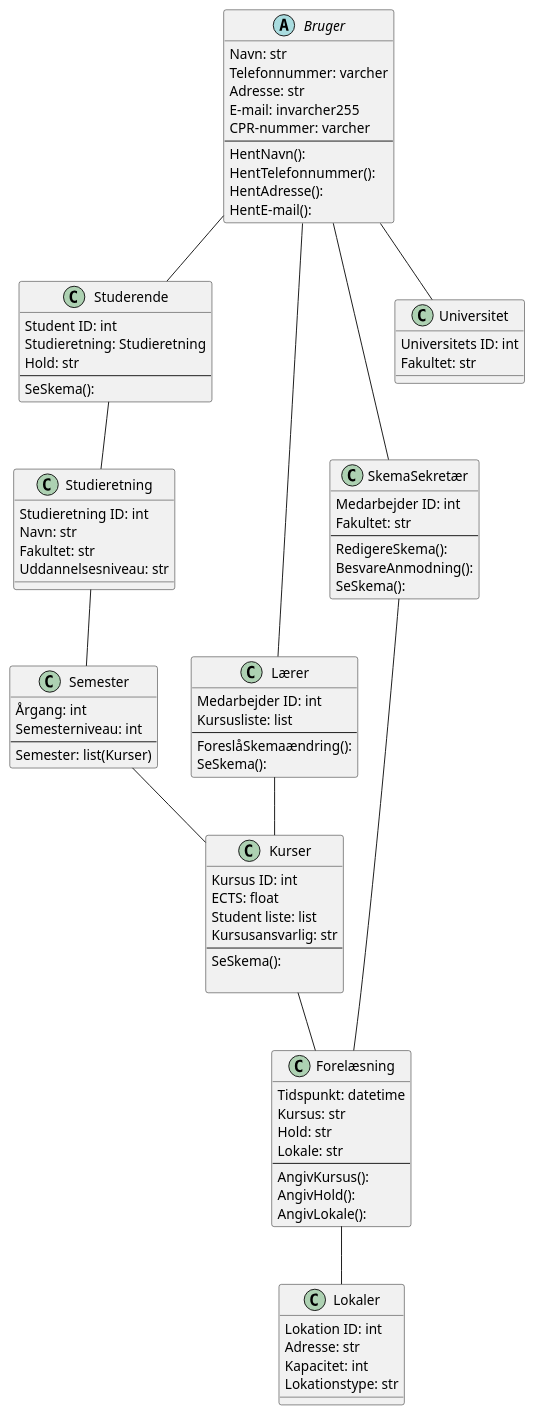
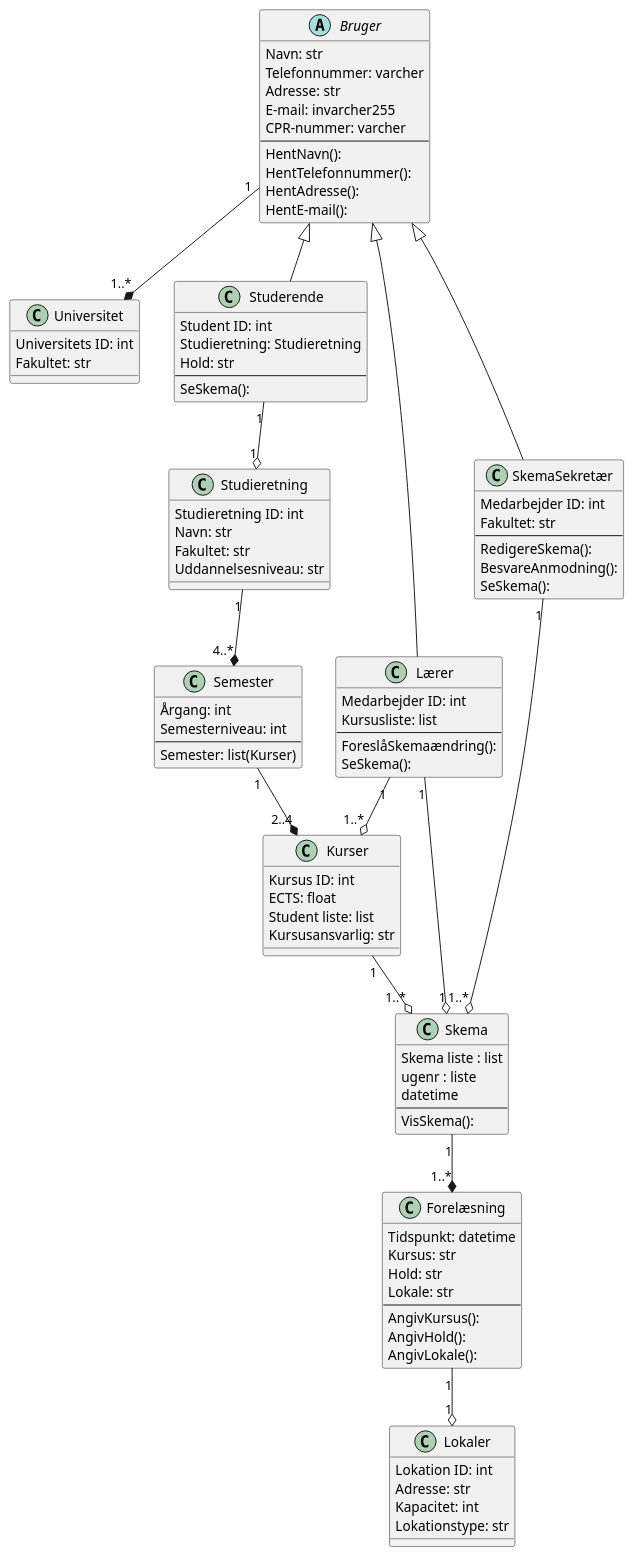
Before and after one commit to MadsSchroder/Systemudvikling-Eksamen-KU: the diagram in ClassDiagram udkast 2.puml, drawn with PlantUML.

Commit message:
Opdateret udkast CD 2

```diff
--- a/ClassDiagram udkast 2.puml
+++ b/ClassDiagram udkast 2.puml
@@ -1,91 +1,97 @@
 @startuml
 
-Bruger -- Studerende
-Bruger -- SkemaSekretær
-Bruger -- Lærer
-Bruger -- Universitet
-Studerende -- Studieretning
-Studieretning -- Semester
-Semester -- Kurser
-Kurser -- Forelæsning
-Forelæsning -- Lokaler
-Lærer -- Kurser
-SkemaSekretær -- Forelæsning
+Bruger"1" --* "1..*" Universitet
+Bruger <|-- Studerende
+Bruger <|-- Lærer
+Bruger <|-- SkemaSekretær
+Studerende"1" --o "1" Studieretning
+Studieretning"1" --* "4..*" Semester
+Semester"1" --* "2..4" Kurser
+Lærer"1" --o "1..*" Kurser
+Kurser"1" --o "1..*" Skema
+SkemaSekretær"1" --o "1..*" Skema
+Lærer"1" --o "1" Skema
+Skema"1" --* "1..*" Forelæsning
+Forelæsning"1" --o "1" Lokaler
 
 abstract class Bruger{
     Navn: str
     Telefonnummer: varcher
     Adresse: str
     E-mail: invarcher255
     CPR-nummer: varcher
     --
     HentNavn():
     HentTelefonnummer():
     HentAdresse():
     HentE-mail():
     }
 class Studerende{
     Student ID: int
     Studieretning: Studieretning
     Hold: str
     --
     SeSkema():
     }
 class SkemaSekretær{
     Medarbejder ID: int
     Fakultet: str
     --
     RedigereSkema():
     BesvareAnmodning():
     SeSkema():
     }
 class Universitet{
     Universitets ID: int
     Fakultet: str
     }
 class Lærer{
     Medarbejder ID: int
     Kursusliste: list
     --
     ForeslåSkemaændring():
     SeSkema():
     }
 class Lokaler{
     Lokation ID: int
     Adresse: str
     Kapacitet: int
     Lokationstype: str
     }
 class Kurser{
     Kursus ID: int
     ECTS: float
     Student liste: list
     Kursusansvarlig: str
+    }
+class Skema{
+    Skema liste : list
+    ugenr : liste
+    datetime
     --
-    SeSkema():
-
+    VisSkema():
     }
 class Forelæsning{
     Tidspunkt: datetime
     Kursus: str
     Hold: str
     Lokale: str
     --
     AngivKursus():
     AngivHold():
     AngivLokale():
     }
 class Semester{
     Årgang: int
     Semesterniveau: int
     --
     Semester: list(Kurser)
     }
 class Studieretning{
     Studieretning ID: int
     Navn: str
     Fakultet: str
     Uddannelsesniveau: str
     }
 
 @enduml
```
